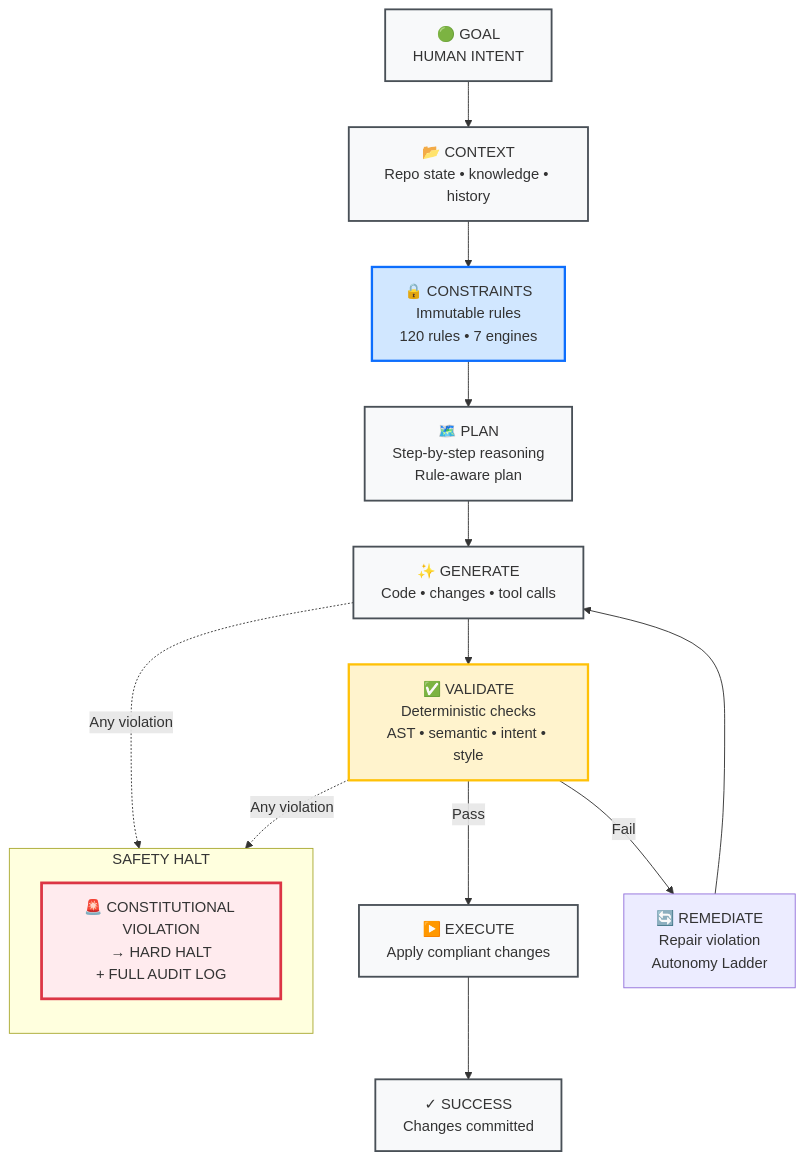
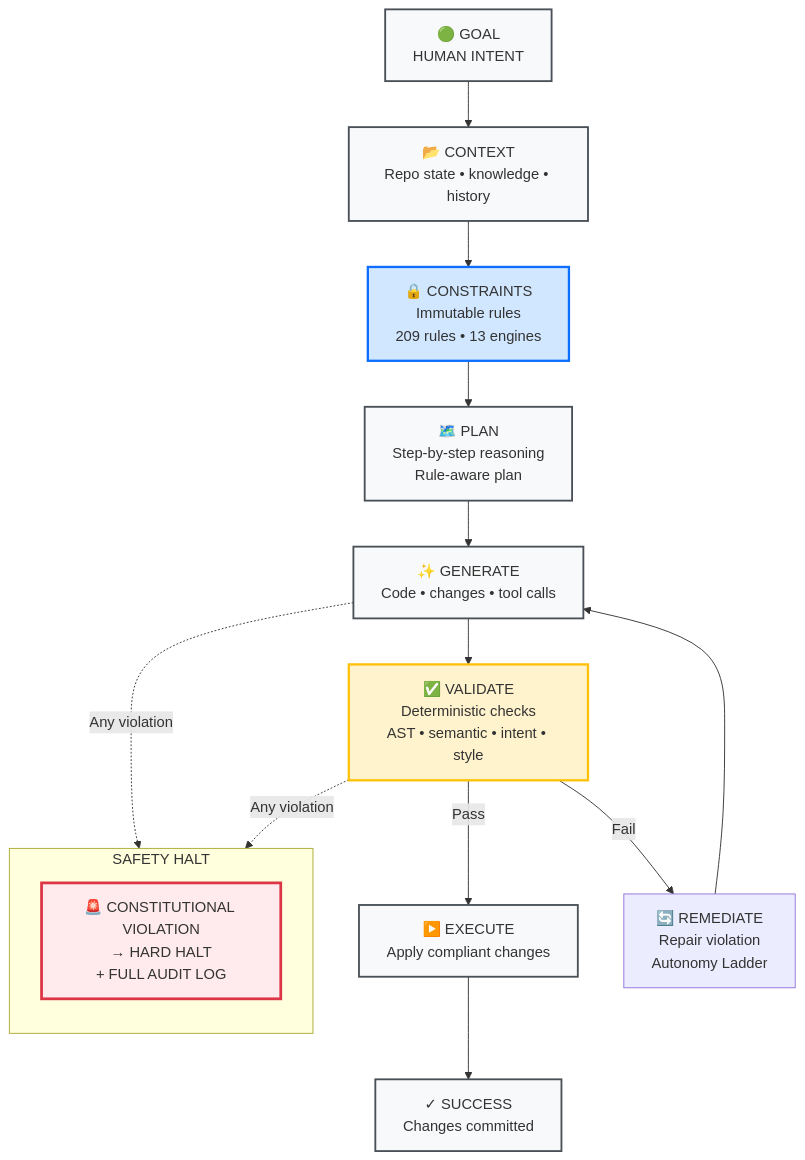
One commit to DariuszNewecki/CORE changed the first of 3 diagrams in docs/how-it-works.md. Above: the diagram before and after it, drawn with Mermaid. The commit also changed other lines of this file and 5 other files, not shown here.

````diff
--- a/docs/how-it-works.md
+++ b/docs/how-it-works.md
@@ -13,30 +13,30 @@
 ```mermaid
 flowchart TD
     A["🟢 GOAL\nHUMAN INTENT"] --> B["📂 CONTEXT\nRepo state • knowledge • history"]
-    B --> C["🔒 CONSTRAINTS\nImmutable rules\n120 rules • 7 engines"]
+    B --> C["🔒 CONSTRAINTS\nImmutable rules\n209 rules • 13 engines"]
     C --> D["🗺️ PLAN\nStep-by-step reasoning\nRule-aware plan"]
     D --> E["✨ GENERATE\nCode • changes • tool calls"]
     E --> F["✅ VALIDATE\nDeterministic checks\nAST • semantic • intent • style"]
     F -->|Pass| G["▶️ EXECUTE\nApply compliant changes"]
     F -->|Fail| H["🔄 REMEDIATE\nRepair violation\nAutonomy Ladder"]
     H --> E
     G --> I["✓ SUCCESS\nChanges committed"]
 
     subgraph "SAFETY HALT"
         direction TB
         J["🚨 CONSTITUTIONAL VIOLATION\n→ HARD HALT\n+ FULL AUDIT LOG"]
     end
 
     E -.->|Any violation| J
     F -.->|Any violation| J
 
     classDef phase      fill:#f8f9fa,stroke:#495057,stroke-width:2px
     classDef constraint fill:#d1e7ff,stroke:#0d6efd,stroke-width:2.5px
     classDef validate   fill:#fff3cd,stroke:#ffc107,stroke-width:2.5px
     classDef halt       fill:#ffebee,stroke:#dc3545,stroke-width:3px
 
     class A,B,D,E,G,I phase
     class C constraint
     class F validate
     class J halt
 ```
````
